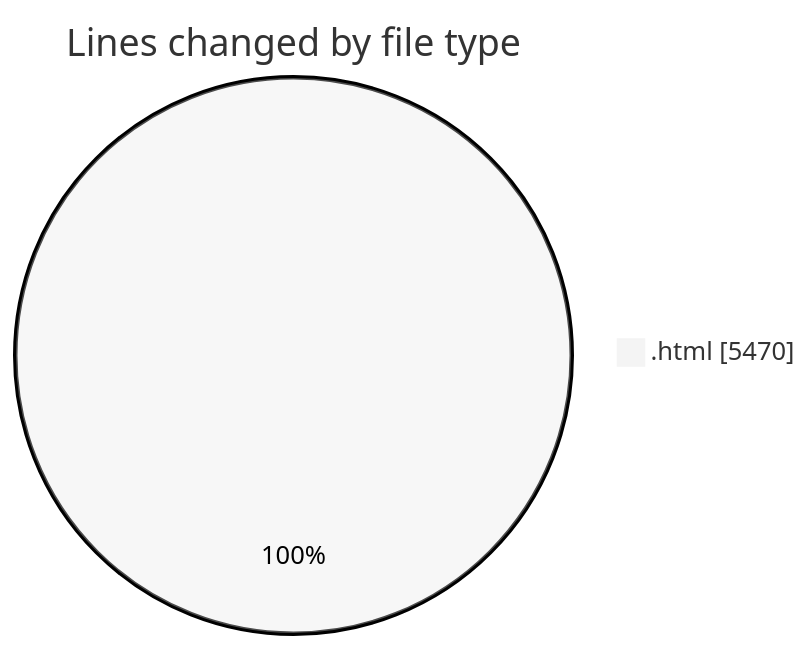
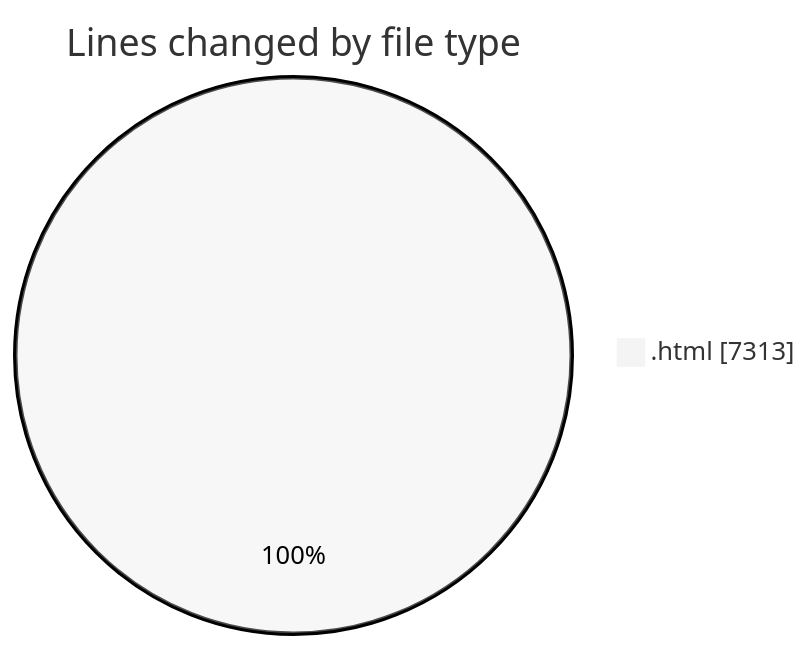
Before and after one commit to LanceThiago/code-tracking: the first of 2 diagrams in 2025-04-24/desktop/README.md, drawn with Mermaid (neutral theme). The commit also changed other lines of this file and 1 other file, not shown here.

````diff
--- a/2025-04-24/desktop/README.md
+++ b/2025-04-24/desktop/README.md
@@ -20,5 +20,5 @@
 ```mermaid
 pie showData
 title Lines changed by file type
-".html" : 5470
+".html" : 7313
 ```
````
